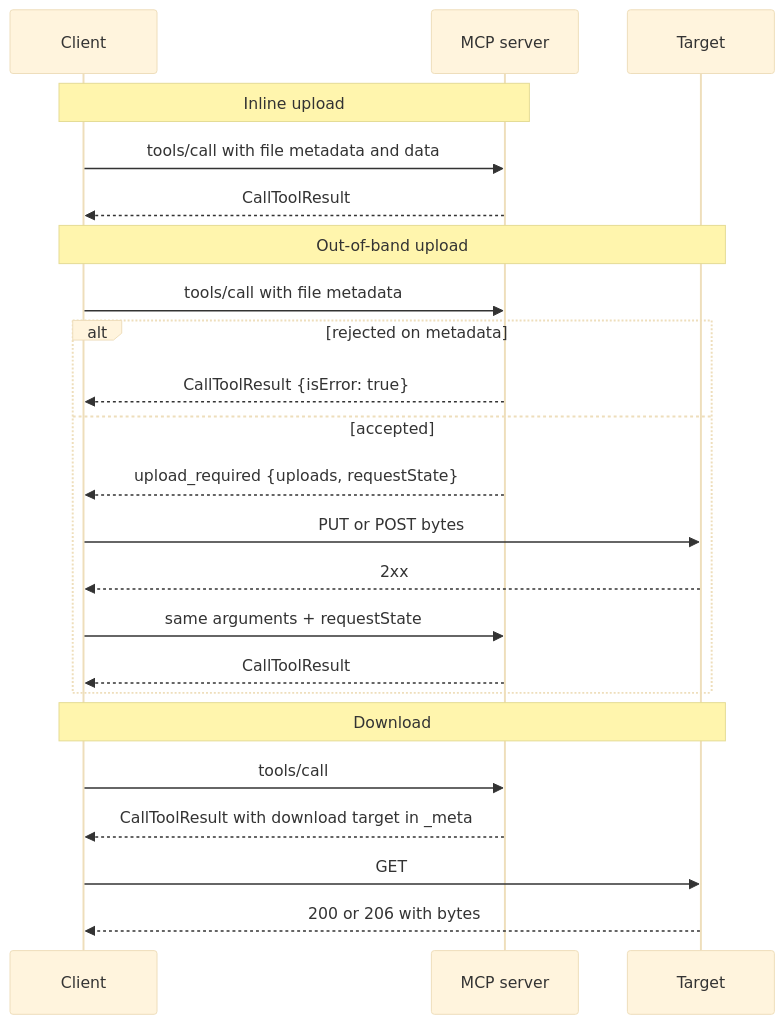
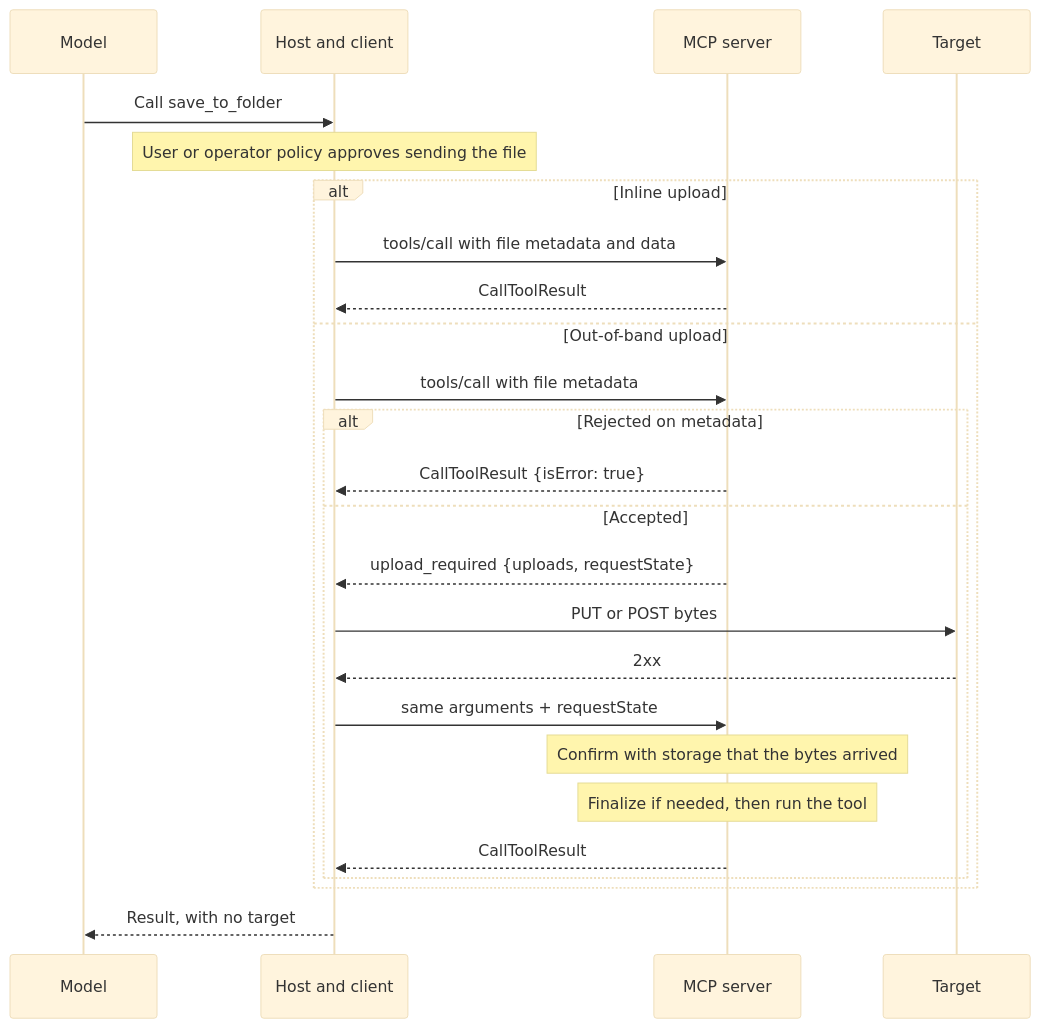
One commit to modelcontextprotocol/experimental-ext-file-uploads changed the first of 2 diagrams in specification/draft/file-uploads.md. Above: the diagram before and after it, drawn with Mermaid (base theme). The commit also changed other lines of this file, not shown here.

Commit message:
Add upload and download diagrams to the Flow section (#3)
Replaces the combined diagram in the Flow section with separate upload
and download diagrams. They add the model and the host, the approval
step, and the server's checks before it runs the tool.

---
_Generated by [Claude
Code](https://claude.ai/code/session_01NCeYTrcBU78xfW3kWTiCwY)_

````diff
--- a/specification/draft/file-uploads.md
+++ b/specification/draft/file-uploads.md
@@ -113,28 +113,28 @@
 ```mermaid
 sequenceDiagram
-    participant C as Client
+    participant M as Model
+    participant H as Host and client
     participant S as MCP server
     participant T as Target
 
-    Note over C,S: Inline upload
-    C->>S: tools/call with file metadata and data
-    S-->>C: CallToolResult
-
-    Note over C,T: Out-of-band upload
-    C->>S: tools/call with file metadata
-    alt rejected on metadata
-        S-->>C: CallToolResult {isError: true}
-    else accepted
-        S-->>C: upload_required {uploads, requestState}
-        C->>T: PUT or POST bytes
-        T-->>C: 2xx
-        C->>S: same arguments + requestState
-        S-->>C: CallToolResult
+    M->>H: Call save_to_folder
+    Note over H: User or operator policy approves sending the file
+    alt Inline upload
+        H->>S: tools/call with file metadata and data
+        S-->>H: CallToolResult
+    else Out-of-band upload
+        H->>S: tools/call with file metadata
+        alt Rejected on metadata
+            S-->>H: CallToolResult {isError: true}
+        else Accepted
+            S-->>H: upload_required {uploads, requestState}
+            H->>T: PUT or POST bytes
+            T-->>H: 2xx
+            H->>S: same arguments + requestState
+            Note over S: Confirm with storage that the bytes arrived
+            Note over S: Finalize if needed, then run the tool
+            S-->>H: CallToolResult
+        end
     end
-
-    Note over C,T: Download
-    C->>S: tools/call
-    S-->>C: CallToolResult with download target in _meta
-    C->>T: GET
-    T-->>C: 200 or 206 with bytes
+    H-->>M: Result, with no target
 ```
````
